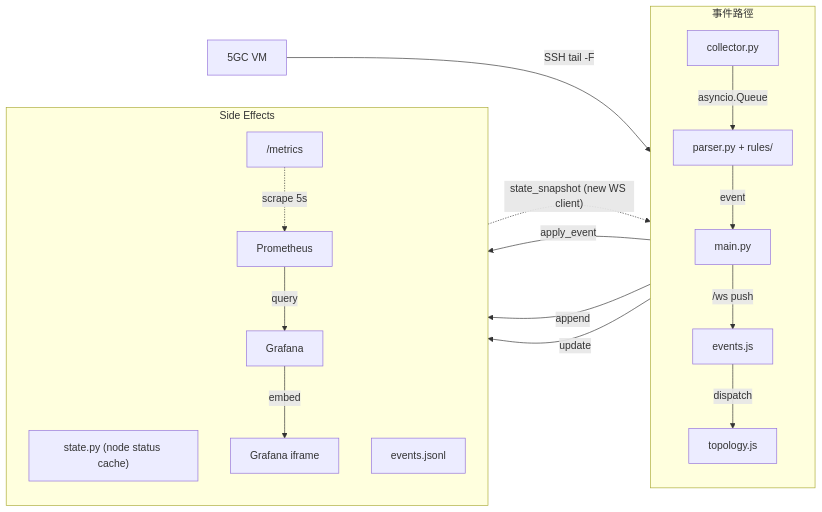
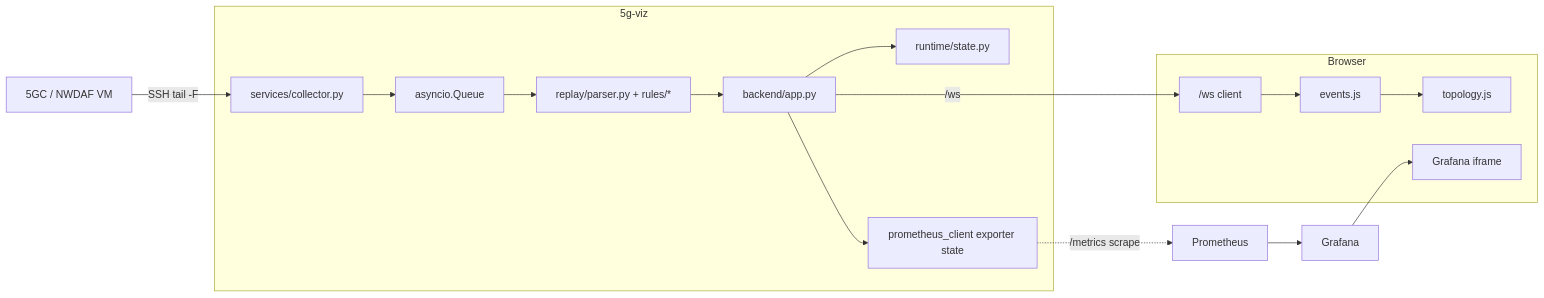
Before and after one commit to ChingJe/testbed-docs: the first of 2 diagrams in 5g-viz/design/overview/architecture.md, drawn with Mermaid. The commit also changed other lines of this file and 13 other files, not shown here.

````diff
--- a/5g-viz/design/overview/architecture.md
+++ b/5g-viz/design/overview/architecture.md
@@ -62,38 +98,36 @@
 ```mermaid
 flowchart LR
-    VM["5GC VM"]
+    VM["5GC / NWDAF VM"]
 
-    subgraph col1["事件路徑"]
-        direction TB
-        coll["collector.py"]
-        parse["parser.py + rules/"]
-        main["main.py"]
-        evjs["events.js"]
-        topo["topology.js"]
-
-        coll -->|"asyncio.Queue"| parse
-        parse -->|event| main
-        main -->|"/ws push"| evjs
-        evjs -->|dispatch| topo
+    subgraph app["5g-viz"]
+        coll["services/collector.py"]
+        queue["asyncio.Queue"]
+        parser["replay/parser.py + rules/*"]
+        backend["backend/app.py"]
+        state["runtime/state.py"]
+        metrics["prometheus_client exporter state"]
     end
 
-    subgraph col2["Side Effects"]
-        direction TB
-        state["state.py (node status cache)"]
-        jsonl["events.jsonl"]
-        metrics["/metrics"]
-        prom["Prometheus"]
-        graf["Grafana"]
-        iframe["Grafana iframe"]
-
-        metrics -.->|"scrape 5s"| prom
-        prom -->|query| graf
-        graf -->|embed| iframe
+    subgraph browser["Browser"]
+        ws["/ws client"]
+        ev["events.js"]
+        topo["topology.js"]
+        gif["Grafana iframe"]
     end
 
+    Prom["Prometheus"]
+    Graf["Grafana"]
+
     VM -->|"SSH tail -F"| coll
-    main -->|apply_event| state
-    main -->|append| jsonl
-    main -->|update| metrics
-    state -.->|"state_snapshot (new WS client)"| evjs
+    coll --> queue
+    queue --> parser
+    parser --> backend
+    backend --> state
+    backend --> metrics
+    backend -->|"/ws"| ws
+    ws --> ev
+    ev --> topo
+    metrics -.->|"/metrics scrape"| Prom
+    Prom --> Graf
+    Graf --> gif
 ```
````
